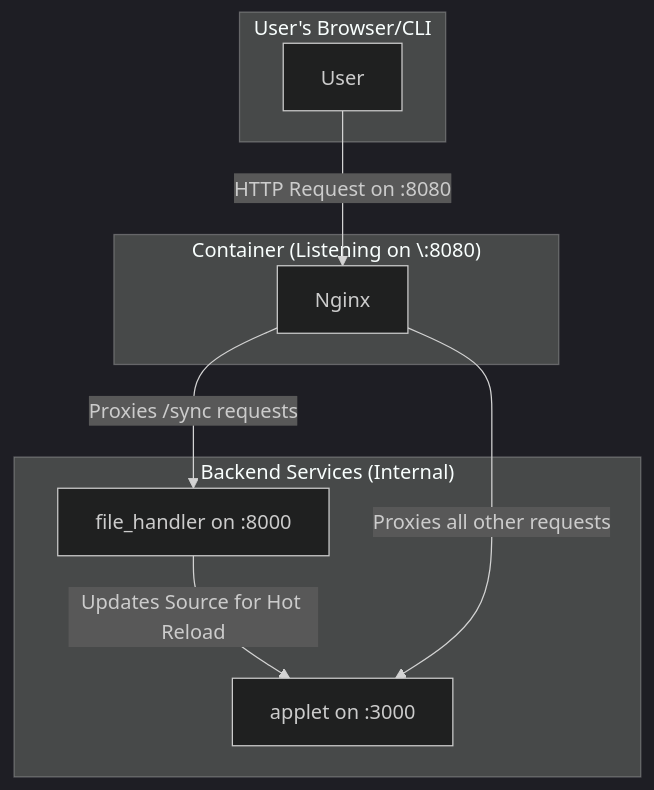
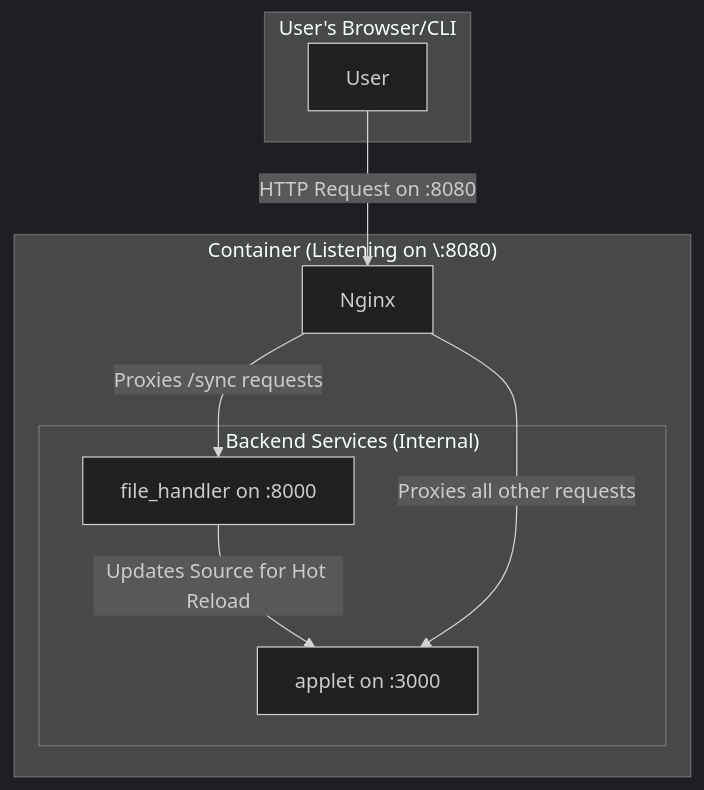
One commit to smsohan/cloud-run-hot-reload changed the diagram in README.md. Above: the diagram before and after it, drawn with Mermaid (dark theme).

Commit message:
fixes the diagram

````diff
--- a/README.md
+++ b/README.md
@@ -3,20 +3,20 @@
 ```mermaid
 graph TD
     subgraph "User's Browser/CLI"
         A[User]
     end
 
     subgraph "Container (Listening on \:8080)"
         B[Nginx]
-    end
 
-    subgraph "Backend Services (Internal)"
-        C[file_handler on :8000]
-        D[applet on :3000]
-        C -- Updates Source for Hot Reload--> D
+        subgraph "Backend Services (Internal)"
+            C[file_handler on :8000]
+            D[applet on :3000]
+            C -- Updates Source for Hot Reload--> D
+        end
     end
 
     A -- "HTTP Request on :8080" --> B
     B -- "Proxies /sync requests" --> C
     B -- "Proxies all other requests" --> D
 ```
````
